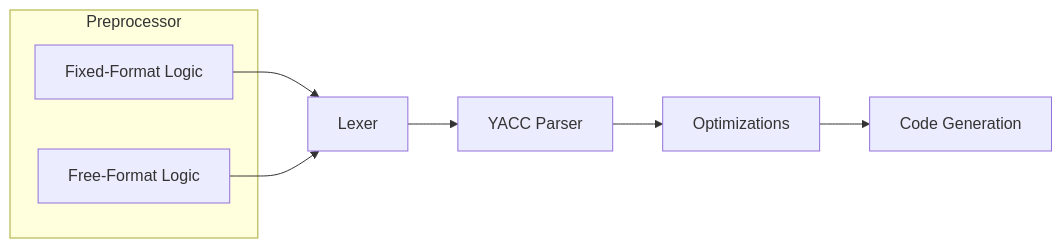
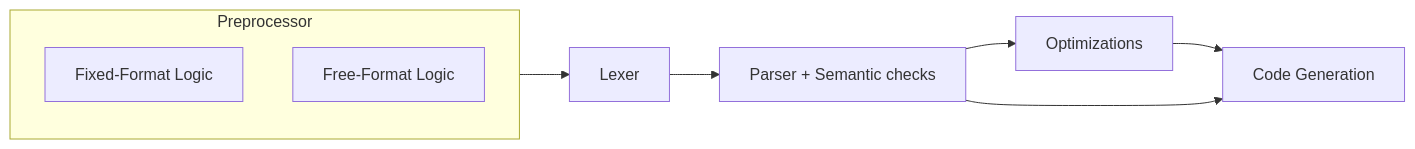
Before and after one commit to migueltc13/project-LP: the diagram in README.md, drawn with Mermaid.

Commit message:
docs(README.md): update "Compiler Pipeline"

````diff
--- a/README.md
+++ b/README.md
@@ -44,40 +44,23 @@
 ```mermaid
 graph LR
-    %% Source Files
-    %% F77[example.f - Fixed-format]
-    %% F90[example.f90 - Free-format]
-
-    %% Preprocessing Layer
+    %% Modules
     subgraph Preprocessor
         P_FIXED[Fixed-Format Logic]
         P_FREE[Free-Format Logic]
     end
-
-    %% Unified Path
-    %% UNIFIED[Unified Pseudo-Fortran]
-
-    %% Analysis
     LEX[Lexer]
-    YACC[YACC Parser]
-
-    %% Backend
+    YACC[Parser + Semantic checks]
     OPT[Optimizations]
     GEN[Code Generation]
 
-    %% Connections with (source files and unified pseudo-Fortran)
-    %% F77 --> P_FIXED
-    %% F90 --> P_FREE
-    %% P_FIXED --> UNIFIED
-    %% P_FREE --> UNIFIED
-    %% UNIFIED --> LEX
-    %% LEX --> YACC
-    %% YACC --> OPT
-    %% OPT --> GEN
+    %% Connections
+    Preprocessor --> LEX
+    %% P_FIXED --> LEX
+    %% P_FREE --> LEX
+    LEX --> YACC
+    OPT --> GEN
+    YACC --> OPT
+    %% YACC -->|Optimization Flag| OPT
+    YACC --> GEN
 
-    %% Connections
-    P_FIXED --> LEX
-    P_FREE --> LEX
-    LEX --> YACC
-    YACC --> OPT
-    OPT --> GEN
 ```
````
